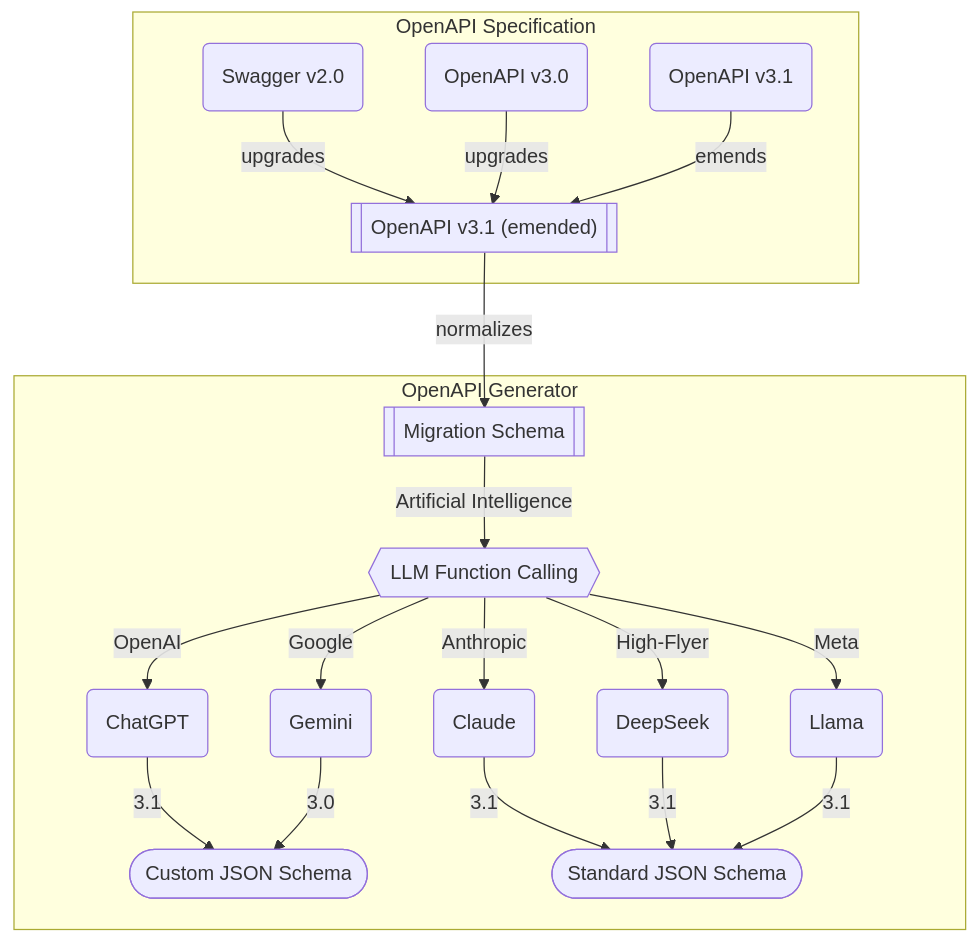
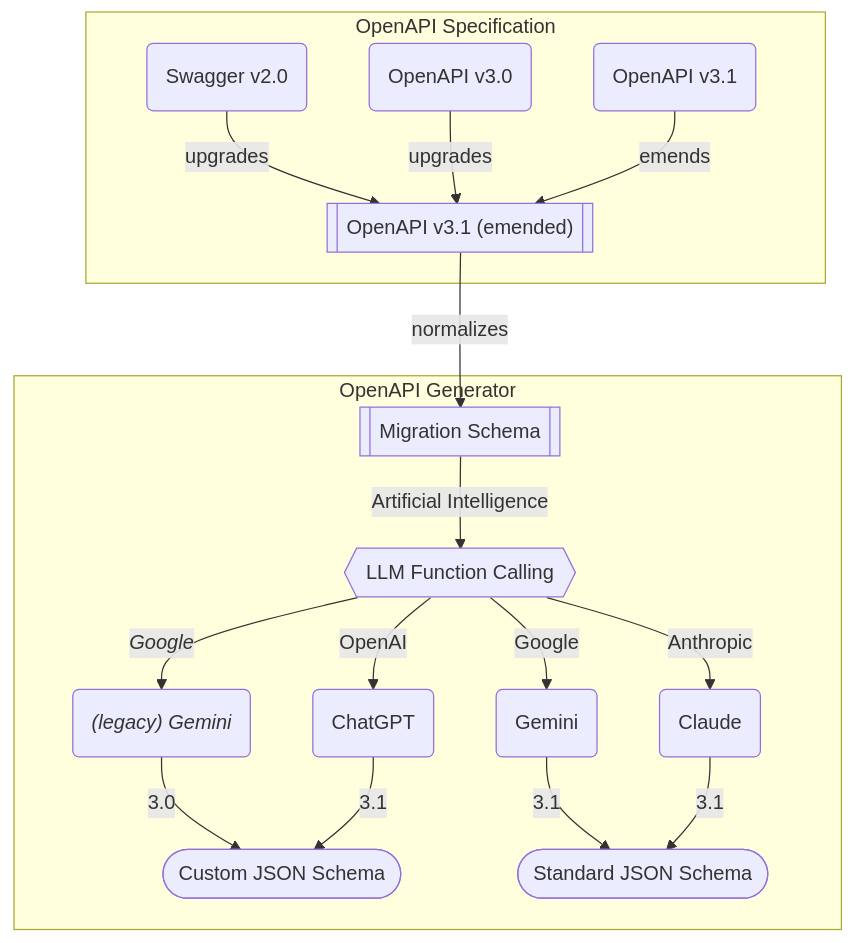
The first of 4 diagrams in README.md (samchon/openapi), drawn with Mermaid before and after one commit. The commit also changed other lines of this file and 114 other files, not shown here.

First line of the commit message:
Remake `IGeminiSchema` by schema model change. (#209)

````diff
--- a/README.md
+++ b/README.md
@@ -2,22 +2,20 @@
 ```mermaid
 flowchart
   subgraph "OpenAPI Specification"
     v20("Swagger v2.0") --upgrades--> emended[["OpenAPI v3.1 (emended)"]]
     v30("OpenAPI v3.0") --upgrades--> emended
     v31("OpenAPI v3.1") --emends--> emended
   end
   subgraph "OpenAPI Generator"
     emended --normalizes--> migration[["Migration Schema"]]
     migration --"Artificial Intelligence"--> lfc{{"LLM Function Calling"}}
     lfc --"OpenAI"--> chatgpt("ChatGPT")
     lfc --"Google"--> gemini("Gemini")
     lfc --"Anthropic"--> claude("Claude")
-    lfc --"High-Flyer"--> deepseek("DeepSeek")
-    lfc --"Meta"--> llama("Llama")
-    chatgpt --"3.1"--> custom(["Custom JSON Schema"])
-    gemini --"3.0"--> custom(["Custom JSON Schema"])
-    claude --"3.1"--> standard(["Standard JSON Schema"])
-    deepseek --"3.1"--> standard
-    llama --"3.1"--> standard
+    lfc --"<i>Google</i>" --> legacy_gemini("<i> (legacy) Gemini</i>")
+    legacy_gemini --"3.0" --> custom(["Custom JSON Schema"])
+    chatgpt --"3.1"--> custom
+    gemini --"3.1"--> standard(["Standard JSON Schema"])
+    claude --"3.1"--> standard
   end
 ```
````
